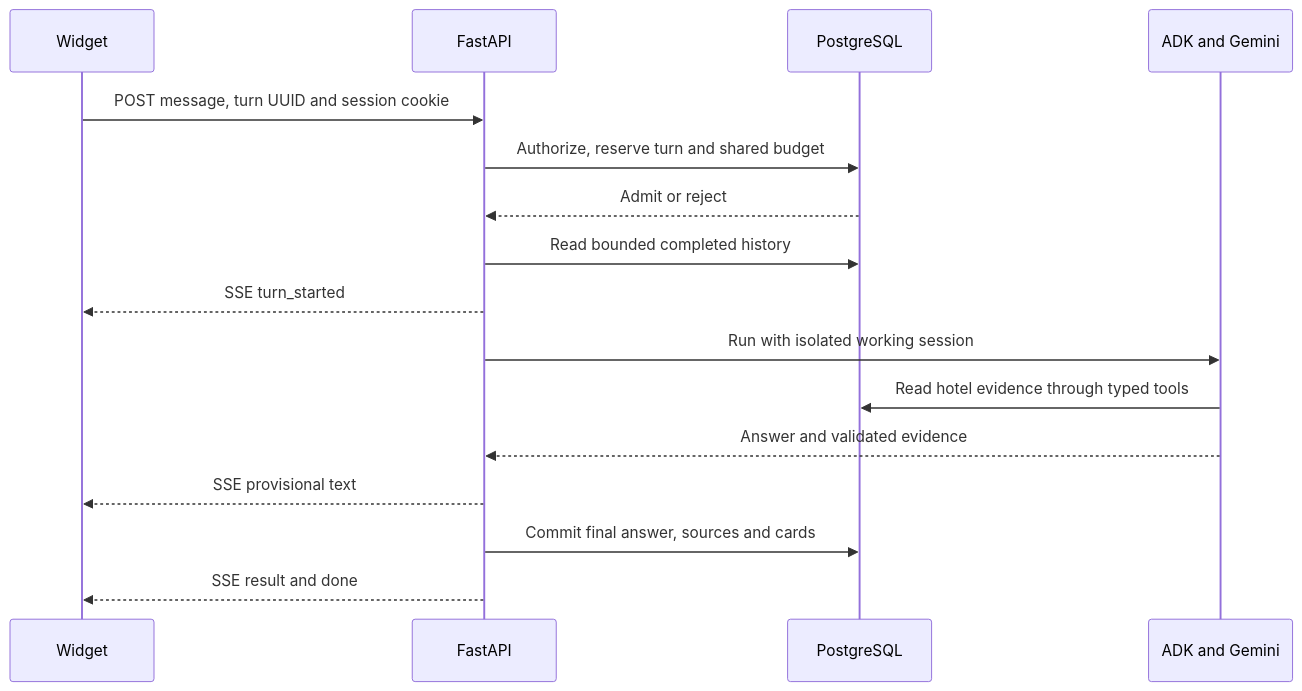
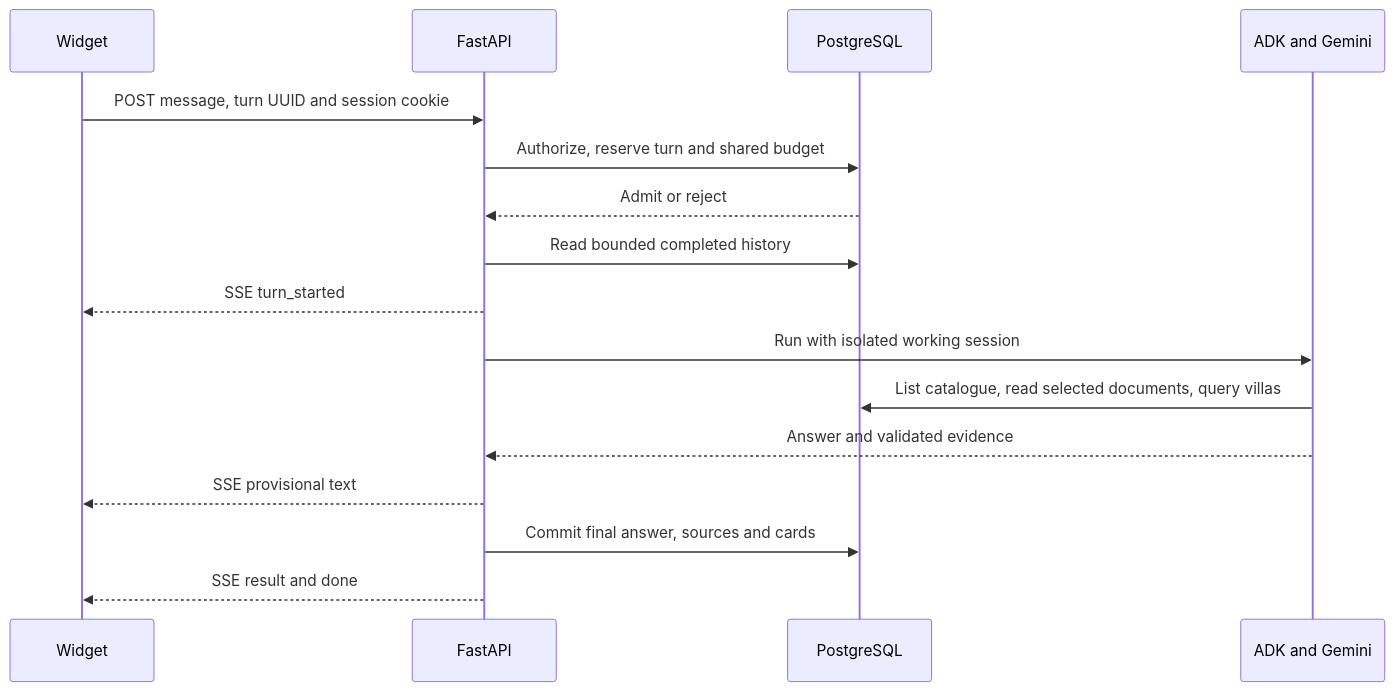
Before and after one commit to the-ai-engineer/hotel-ai-agent: the second of 2 diagrams in docs/Architecture.md, drawn with Mermaid. The commit also changed other lines of this file and 7 other files, not shown here.

Commit message:
docs: use catalogue and document reads for hotel policies (#17)

````diff
--- a/docs/Architecture.md
+++ b/docs/Architecture.md
@@ -62,18 +62,18 @@
 ```mermaid
 sequenceDiagram
     participant W as Widget
     participant A as FastAPI
     participant P as PostgreSQL
     participant G as ADK and Gemini
     W->>A: POST message, turn UUID and session cookie
     A->>P: Authorize, reserve turn and shared budget
     P-->>A: Admit or reject
     A->>P: Read bounded completed history
     A-->>W: SSE turn_started
     A->>G: Run with isolated working session
-    G->>P: Read hotel evidence through typed tools
+    G->>P: List catalogue, read selected documents, query villas
     G-->>A: Answer and validated evidence
     A-->>W: SSE provisional text
     A->>P: Commit final answer, sources and cards
     A-->>W: SSE result and done
 ```
````
